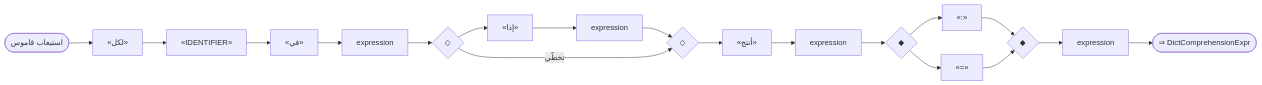
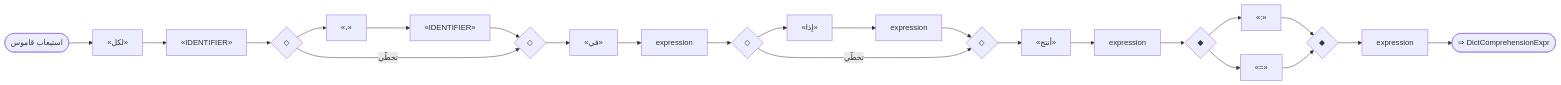
Before and after one commit to sadlang/sadlang: diagram 29 of 55 in docs/parser_rule/_generated/60_advanced.md, drawn with Mermaid. The commit also changed other lines of this file and 21 other files, not shown here.

````diff
--- a/docs/parser_rule/_generated/60_advanced.md
+++ b/docs/parser_rule/_generated/60_advanced.md
@@ -938,38 +956,47 @@
 ```mermaid
 flowchart LR
   n1(["استيعاب قاموس"])
   n2["«لكل»"]
   n3["«IDENTIFIER»"]
   n2 --> n3
-  n4["«في»"]
+  n4{"◇"}
+  n5{"◇"}
+  n6["«،»"]
+  n7["«IDENTIFIER»"]
+  n6 --> n7
+  n4 --> n6
+  n7 --> n5
+  n4 -- "تخطّي" --> n5
   n3 --> n4
-  n5["expression"]
-  n4 --> n5
-  n6{"◇"}
-  n7{"◇"}
-  n8["«إذا»"]
+  n8["«في»"]
+  n5 --> n8
   n9["expression"]
   n8 --> n9
-  n6 --> n8
-  n9 --> n7
-  n6 -- "تخطّي" --> n7
-  n5 --> n6
-  n10["«أنتج»"]
-  n7 --> n10
-  n11["expression"]
-  n10 --> n11
-  n12{"◆"}
-  n13{"◆"}
-  n14["«:»"]
-  n12 --> n14
-  n14 --> n13
-  n15["«=»"]
-  n12 --> n15
-  n15 --> n13
-  n11 --> n12
-  n16["expression"]
-  n13 --> n16
+  n10{"◇"}
+  n11{"◇"}
+  n12["«إذا»"]
+  n13["expression"]
+  n12 --> n13
+  n10 --> n12
+  n13 --> n11
+  n10 -- "تخطّي" --> n11
+  n9 --> n10
+  n14["«أنتج»"]
+  n11 --> n14
+  n15["expression"]
+  n14 --> n15
+  n16{"◆"}
+  n17{"◆"}
+  n18["«:»"]
+  n16 --> n18
+  n18 --> n17
+  n19["«=»"]
+  n16 --> n19
+  n19 --> n17
+  n15 --> n16
+  n20["expression"]
+  n17 --> n20
   n1 --> n2
-  n17(["⇒ DictComprehensionExpr"])
-  n16 --> n17
+  n21(["⇒ DictComprehensionExpr"])
+  n20 --> n21
 ```
````
